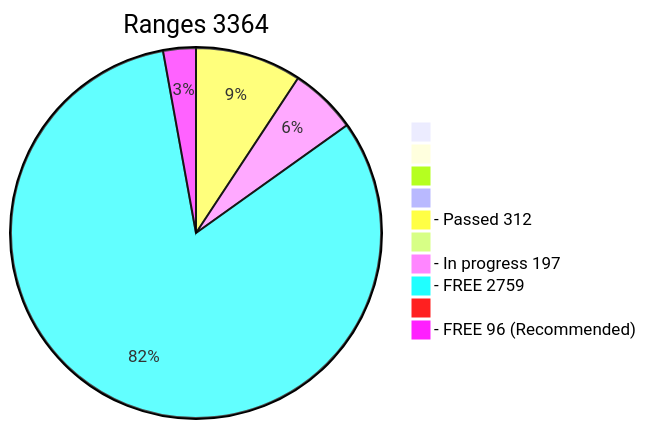
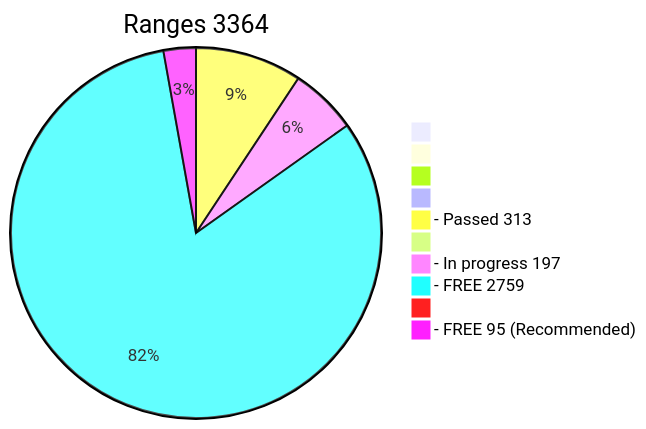
The diagram in x64/Release/table.md (phrutis/wif500), drawn with Mermaid before and after one commit. The commit also changed other lines of this file, not shown here.

````diff
--- a/x64/Release/table.md
+++ b/x64/Release/table.md
@@ -2,13 +2,13 @@
 ```mermaid
 pie title Ranges 3364
   " " : 0
   "  " : 0
   "   " : 0
   "    " : 0
-  "- Passed 312" : 312
+  "- Passed 313" : 313
   "     " : 0
   "- In progress 197" : 197
   "- FREE 2759" : 2759
   "      " : 0
-  "- FREE 96 (Recommended)" : 96
+  "- FREE 95 (Recommended)" : 95
 ```
````
